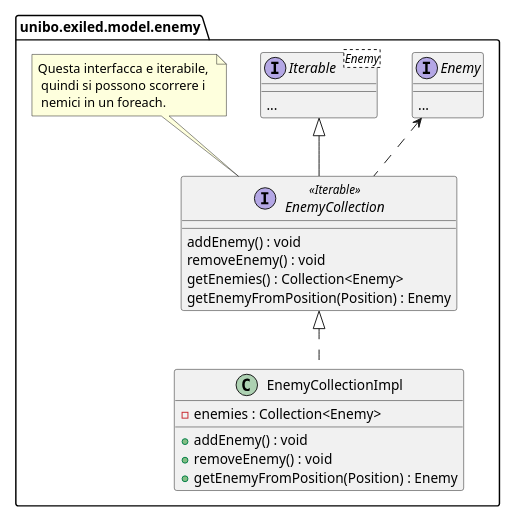
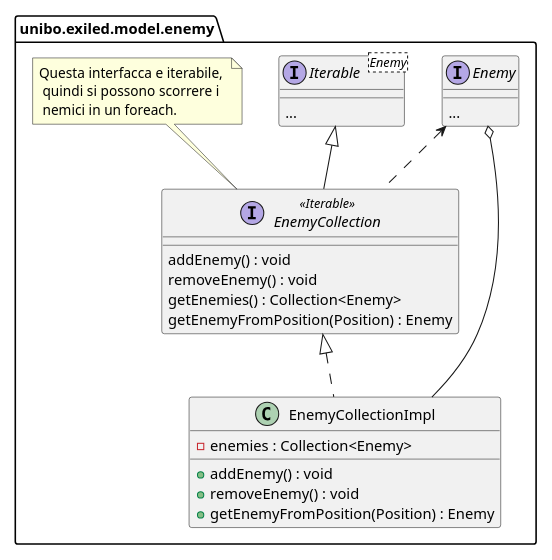
One commit to unibo-oop-projects/OOP23-Baldoni-Beylax-Casadei-MarcoMagnani03-Pazzaglia-exiled changed the diagram in docs/enemy/enemycollection-uml.puml. Above: the diagram before and after it, drawn with PlantUML. The commit also changed 4 other files, not shown here.

```diff
--- a/docs/enemy/enemycollection-uml.puml
+++ b/docs/enemy/enemycollection-uml.puml
@@ -1,29 +1,30 @@
 @startuml
 'https://plantuml.com/class-diagram'
 set separator none
-scale 0.65
+scale 0.7
 package unibo.exiled.model.enemy{
     interface Enemy{
         {method} ...
     }
     interface Iterable<Enemy>{
         {method} ...
     }
     interface EnemyCollection<<Iterable>> {
         addEnemy() : void
         removeEnemy() : void
         getEnemies() : Collection<Enemy>
         getEnemyFromPosition(Position) : Enemy
     }
     note top : Questa interfacca e iterabile, \n quindi si possono scorrere i \n nemici in un foreach.
     class EnemyCollectionImpl {
         - enemies : Collection<Enemy>
         + addEnemy() : void
         + removeEnemy() : void
         + getEnemyFromPosition(Position) : Enemy
     }
 }
 Iterable <|-- EnemyCollection
 EnemyCollection <|.. EnemyCollectionImpl
 Enemy <.. EnemyCollection
+Enemy o-- EnemyCollectionImpl
 @enduml
```
